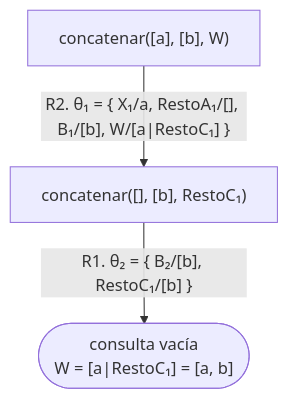
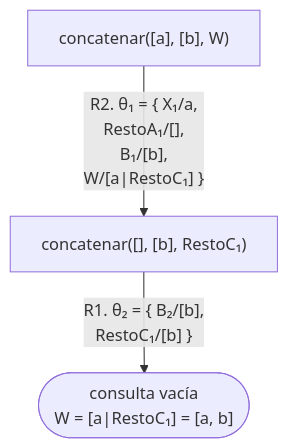
The first of 4 diagrams in docs/capitulo-13-prolog-y-la-logica/evaluacion.md (CesarBallardini/curso-de-prolog), drawn with Mermaid before and after one commit. The commit also changed other lines of this file and 24 other files, not shown here.

First line of the commit message:
feat(docs): botones para ocultar las columnas laterales y etiquetas cortas en los diagramas

````diff
--- a/docs/capitulo-13-prolog-y-la-logica/evaluacion.md
+++ b/docs/capitulo-13-prolog-y-la-logica/evaluacion.md
@@ -70,5 +70,5 @@
 ```mermaid
 flowchart TD
-    A["concatenar([a], [b], W)"] -- "R2. θ₁ = {&nbsp;X₁/a, RestoA₁/[], B₁/[b], W/[a|RestoC₁]&nbsp;}" --> B["concatenar([], [b], RestoC₁)"]
-    B -- "R1. θ₂ = {&nbsp;B₂/[b], RestoC₁/[b]&nbsp;}" --> C(["consulta vacía<br/>W = [a|RestoC₁] = [a, b]"])
+    A["concatenar([a], [b], W)"] -- "R2. θ₁ = {&nbsp;X₁/a,<br/>RestoA₁/[],<br/>B₁/[b],<br/>W/[a|RestoC₁]&nbsp;}" --> B["concatenar([], [b], RestoC₁)"]
+    B -- "R1. θ₂ = {&nbsp;B₂/[b],<br/>RestoC₁/[b]&nbsp;}" --> C(["consulta vacía<br/>W = [a|RestoC₁] = [a, b]"])
 ```
````
